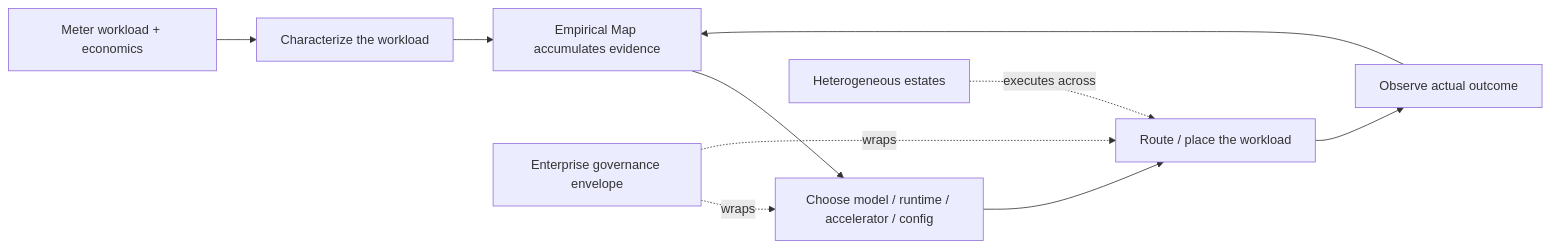
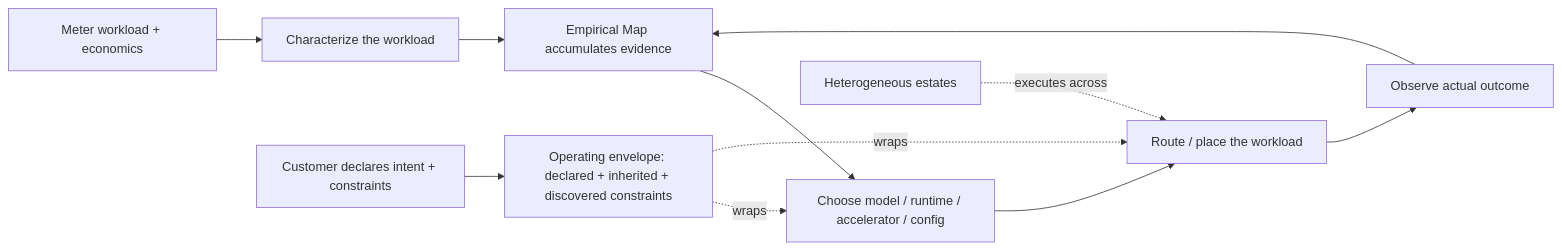
The first of 2 diagrams in 00-hub/RackAI Roadmap.md (eak-mentraAI/rxt_rackai_wiki), drawn with Mermaid before and after one commit. The commit also changed other lines of this file and 5 other files, not shown here.

First line of the commit message:
Intent and constraints as the operating philosophy joining the two identity centres

````diff
--- a/00-hub/RackAI Roadmap.md
+++ b/00-hub/RackAI Roadmap.md
@@ -73,12 +73,13 @@
 ```mermaid
 flowchart LR
     METER[Meter workload + economics] --> CHAR[Characterize the workload]
     CHAR --> MAP[Empirical Map accumulates evidence]
     MAP --> DECIDE[Choose model / runtime / accelerator / config]
     DECIDE --> PLACE[Route / place the workload]
     PLACE --> OBSERVE[Observe actual outcome]
     OBSERVE --> MAP
-    GOV[Enterprise governance envelope] -.wraps.-> DECIDE
+    INTENT[Customer declares intent + constraints] --> GOV
+    GOV[Operating envelope: declared + inherited + discovered constraints] -.wraps.-> DECIDE
     GOV -.wraps.-> PLACE
     EST[Heterogeneous estates] -.executes across.-> PLACE
 ```
````
